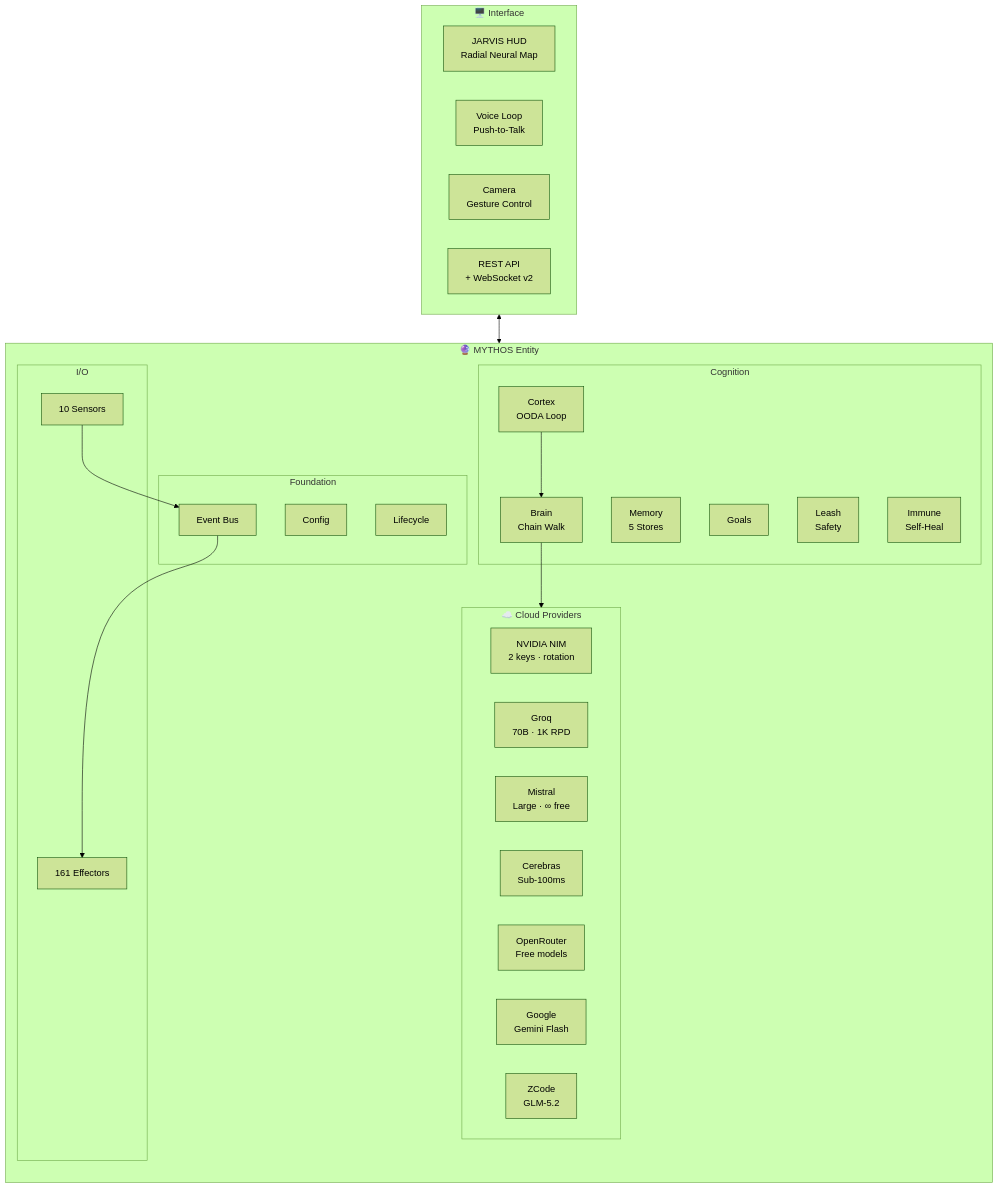
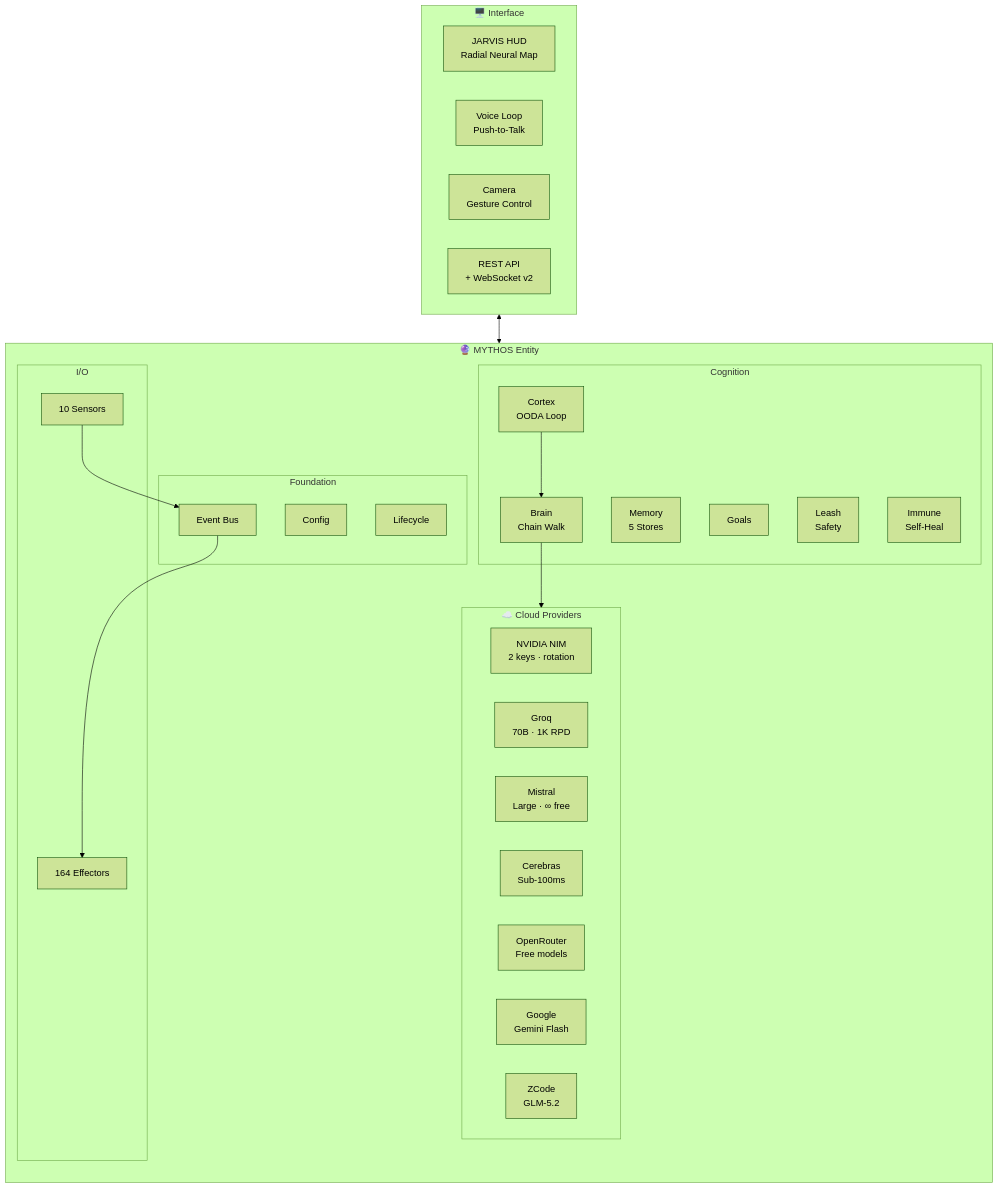
Before and after one commit to HailLucifer666/Agent_OS: the first of 11 diagrams in README.md, drawn with Mermaid (forest theme). The commit also changed other lines of this file and 30 other files, not shown here.

````diff
--- a/README.md
+++ b/README.md
@@ -48,45 +48,45 @@
 ```mermaid
 flowchart TB
     subgraph Cloud["☁️ Cloud Providers"]
         direction LR
         NIM["NVIDIA NIM<br/>2 keys · rotation"]
         GQ["Groq<br/>70B · 1K RPD"]
         MI["Mistral<br/>Large · ∞ free"]
         CE["Cerebras<br/>Sub-100ms"]
         OR["OpenRouter<br/>Free models"]
         GOOG["Google<br/>Gemini Flash"]
         ZC["ZCode<br/>GLM-5.2"]
     end
 
     subgraph MYTHOS["🔮 MYTHOS Entity"]
         direction TB
         subgraph Foundation["Foundation"]
             CFG["Config"]
             BUS["Event Bus"]
             LIFE["Lifecycle"]
         end
         subgraph Cognition["Cognition"]
             CORT["Cortex<br/>OODA Loop"]
             BRN["Brain<br/>Chain Walk"]
             MEM["Memory<br/>5 Stores"]
             GOAL["Goals"]
             LEASH["Leash<br/>Safety"]
             IMM["Immune<br/>Self-Heal"]
         end
         subgraph IOLayer["I/O"]
             SENS["10 Sensors"]
-            EFF["161 Effectors"]
+            EFF["164 Effectors"]
         end
         CORT --> BRN --> Cloud
         SENS --> BUS --> EFF
     end
 
     subgraph Interface["🖥️ Interface"]
         HUD["JARVIS HUD<br/>Radial Neural Map"]
         VOICE["Voice Loop<br/>Push-to-Talk"]
         CAM["Camera<br/>Gesture Control"]
         API["REST API<br/>+ WebSocket v2"]
     end
 
     Interface <--> MYTHOS
 ```
````
